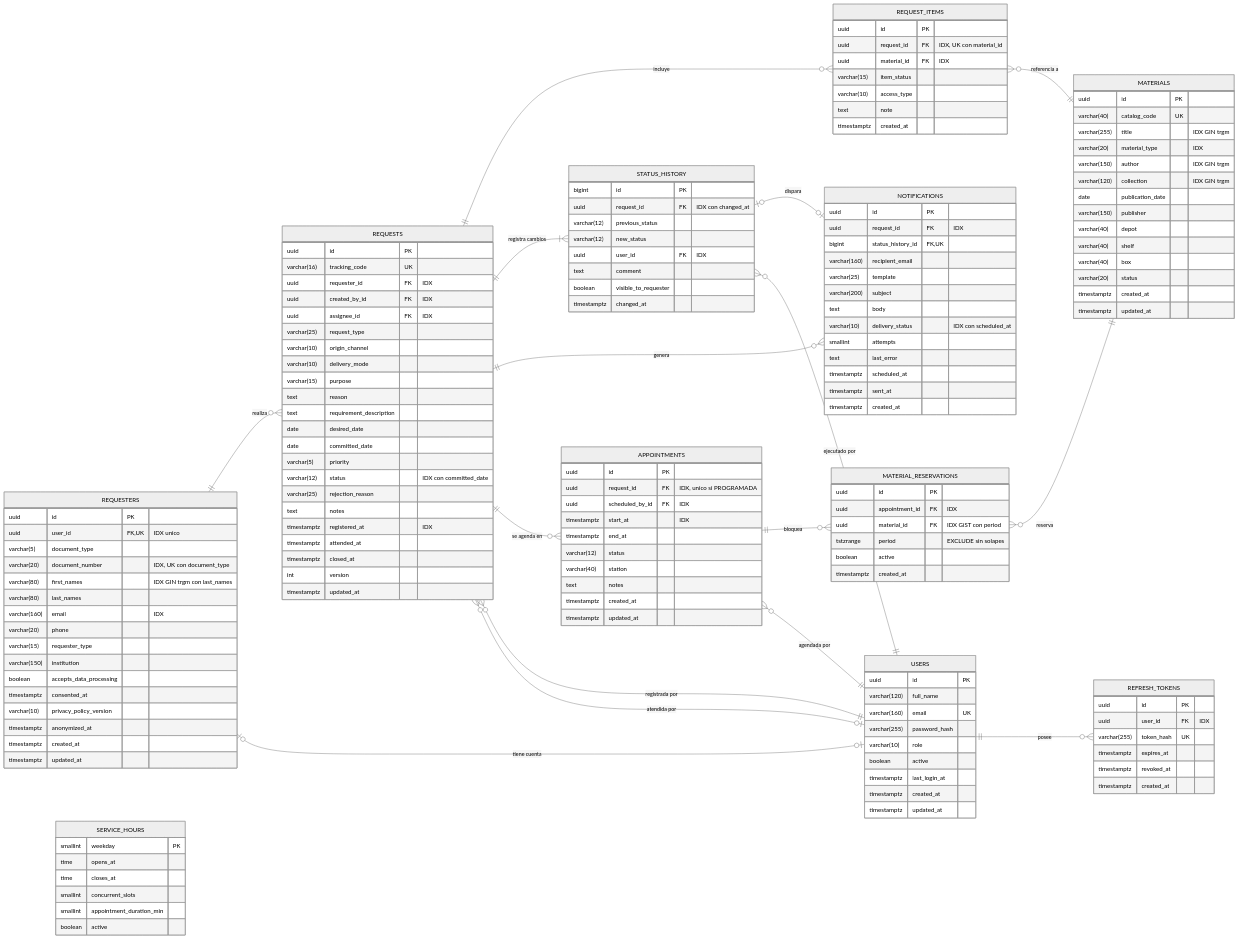
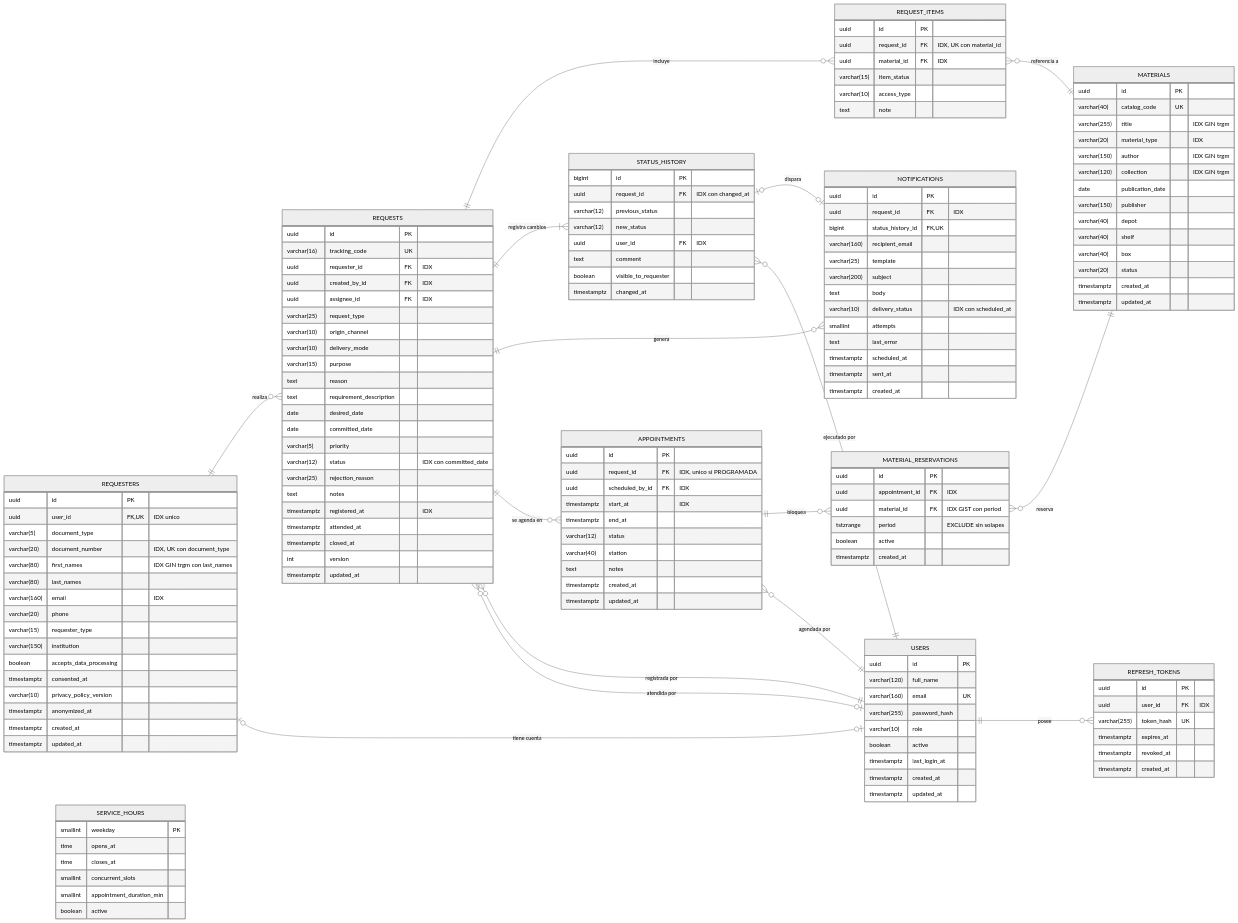
The third of 3 diagrams in docs/modelo-datos.md (bryanmg20/Trackhive), drawn with Mermaid (neutral theme) before and after one commit. The commit also changed 12 other files, not shown here.

```diff
--- a/docs/modelo-datos.md
+++ b/docs/modelo-datos.md
@@ -224,7 +224,6 @@
         varchar(15) item_status
         varchar(10) access_type
         text note
-        timestamptz created_at
     }
     MATERIALS {
         uuid id PK
```
